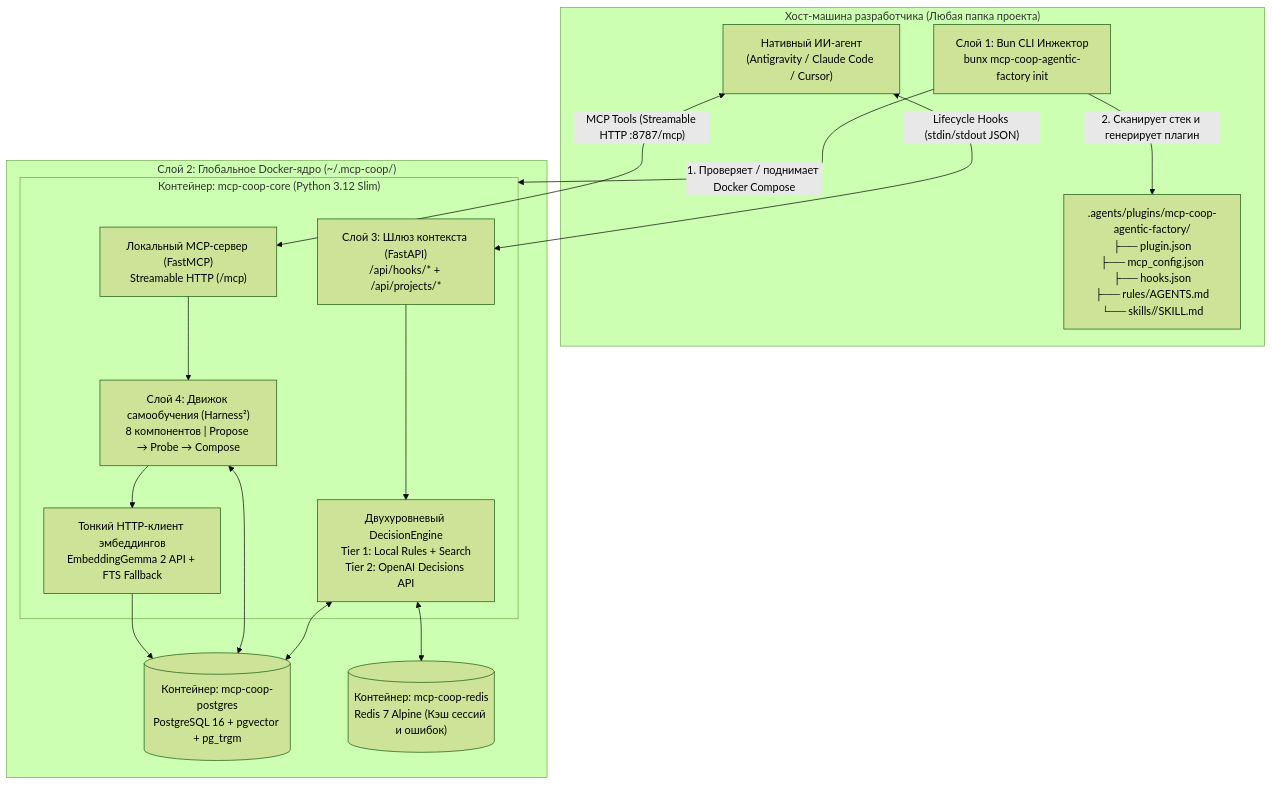
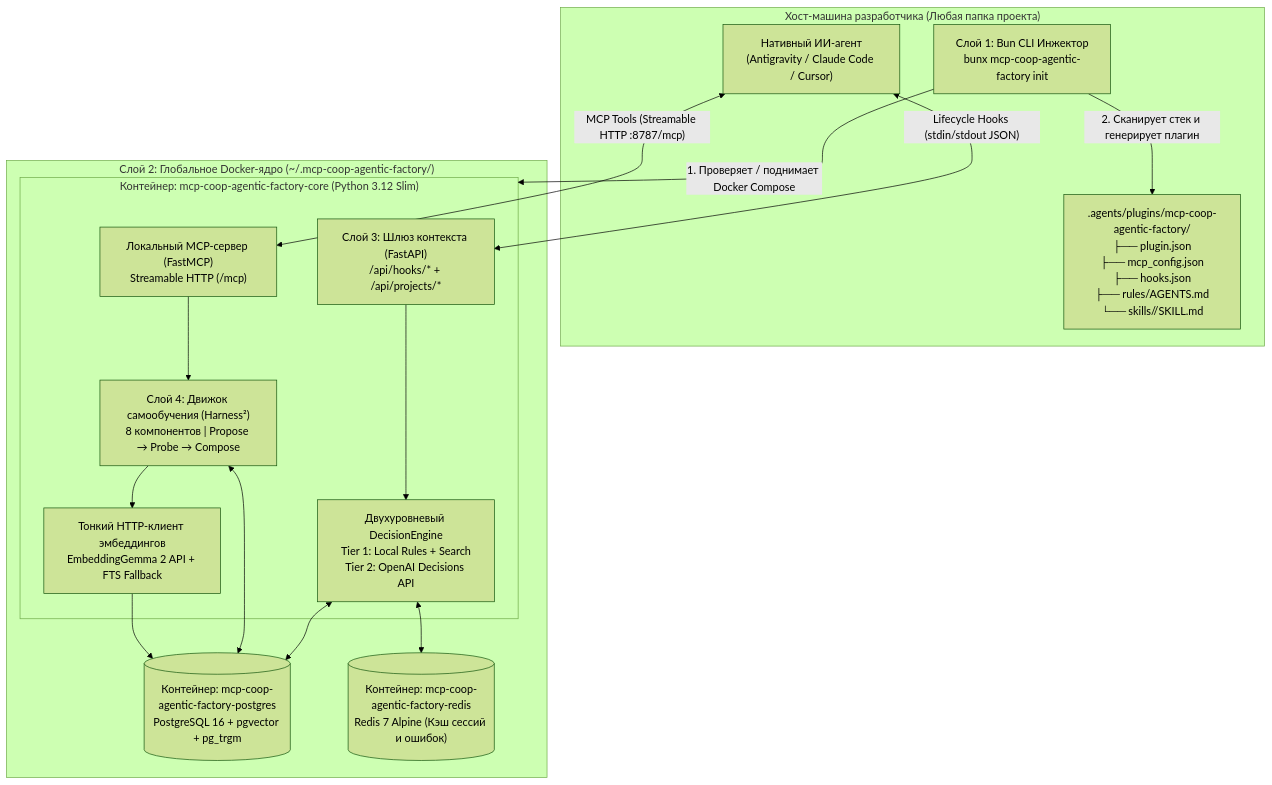
The diagram in SPEC.md (Shpakowski/shpakich-agent), drawn with Mermaid (forest theme) before and after one commit. The commit also changed other lines of this file and 10 other files, not shown here.

Commit message:
refactor(naming): use full mcp-coop-agentic-factory prefix and MCP-COOP vendor

````diff
--- a/SPEC.md
+++ b/SPEC.md
@@ -22,32 +22,32 @@
 ```mermaid
 flowchart TB
     subgraph Host["Хост-машина разработчика (Любая папка проекта)"]
         CLI["Слой 1: Bun CLI Инжектор\nbunx mcp-coop-agentic-factory init"]
         Plugin[".agents/plugins/mcp-coop-agentic-factory/\n├── plugin.json\n├── mcp_config.json\n├── hooks.json\n├── rules/AGENTS.md\n└── skills/<name>/SKILL.md"]
         NativeAgent["Нативный ИИ-агент\n(Antigravity / Claude Code / Cursor)"]
     end
 
-    subgraph Docker["Слой 2: Глобальное Docker-ядро (~/.mcp-coop/)"]
-        subgraph PyCore["Контейнер: mcp-coop-core (Python 3.12 Slim)"]
+    subgraph Docker["Слой 2: Глобальное Docker-ядро (~/.mcp-coop-agentic-factory/)"]
+        subgraph PyCore["Контейнер: mcp-coop-agentic-factory-core (Python 3.12 Slim)"]
             FastAPI["Слой 3: Шлюз контекста (FastAPI)\n/api/hooks/* + /api/projects/*"]
             FastMCP["Локальный MCP-сервер (FastMCP)\nStreamable HTTP (/mcp)"]
             DecisionEngine["Двухуровневый DecisionEngine\nTier 1: Local Rules + Search\nTier 2: OpenAI Decisions API"]
             HarnessEngine["Слой 4: Движок самообучения (Harness²)\n8 компонентов | Propose → Probe → Compose"]
             EmbedClient["Тонкий HTTP-клиент эмбеддингов\nEmbeddingGemma 2 API + FTS Fallback"]
         end
-        PG[("Контейнер: mcp-coop-postgres\nPostgreSQL 16 + pgvector + pg_trgm")]
-        Redis[("Контейнер: mcp-coop-redis\nRedis 7 Alpine (Кэш сессий и ошибок)")]
+        PG[("Контейнер: mcp-coop-agentic-factory-postgres\nPostgreSQL 16 + pgvector + pg_trgm")]
+        Redis[("Контейнер: mcp-coop-agentic-factory-redis\nRedis 7 Alpine (Кэш сессий и ошибок)")]
     end
 
     CLI -->|"1. Проверяет / поднимает Docker Compose"| PyCore
     CLI -->|"2. Сканирует стек и генерирует плагин"| Plugin
     NativeAgent <-->|"Lifecycle Hooks (stdin/stdout JSON)"| FastAPI
     NativeAgent <-->|"MCP Tools (Streamable HTTP :8787/mcp)"| FastMCP
     FastAPI --> DecisionEngine
     FastMCP --> HarnessEngine
     DecisionEngine <--> Redis
     DecisionEngine <--> PG
     HarnessEngine <--> PG
     HarnessEngine --> EmbedClient
     EmbedClient --> PG
 ```
````
